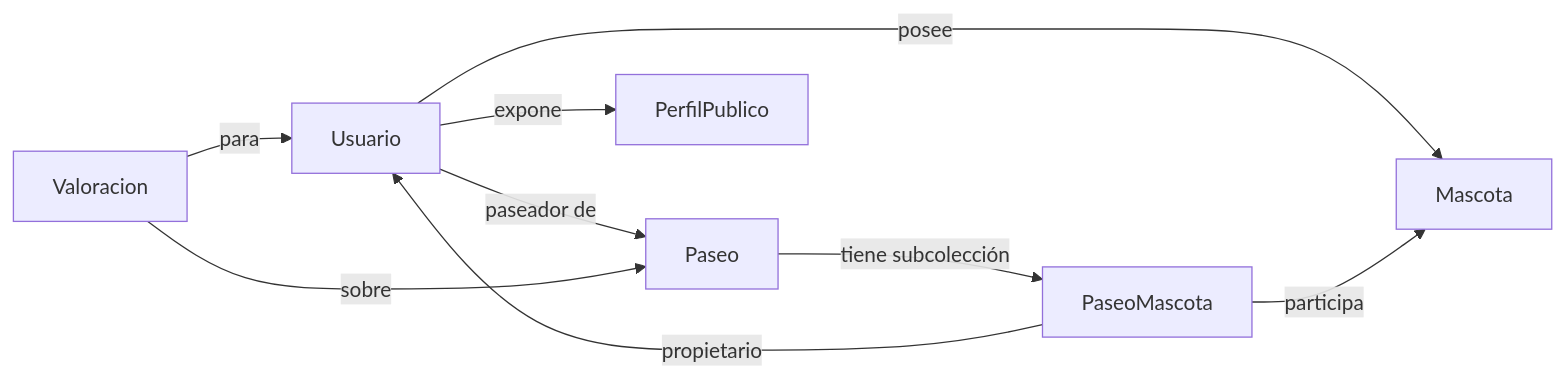
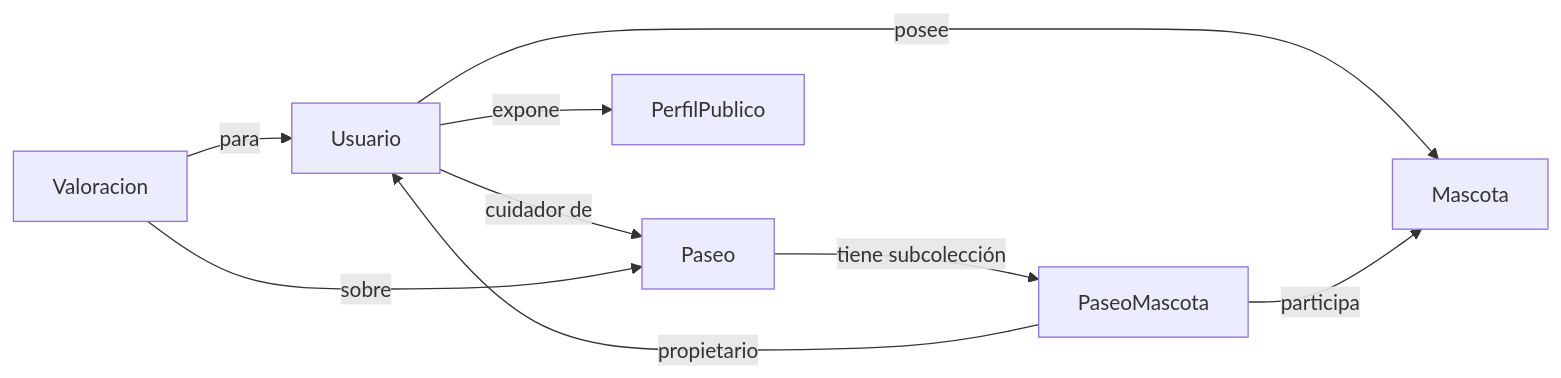
One commit to sagudelo1200/pet-pals changed the diagram in docs/models/README.md. Above: the diagram before and after it, drawn with Mermaid. The commit also changed other lines of this file and 31 other files, not shown here.

Commit message:
Se migró dueño->tutor y paseador->cuidador

````diff
--- a/docs/models/README.md
+++ b/docs/models/README.md
@@ -23,11 +23,11 @@
 ```mermaid
 flowchart LR
   Usuario -->|posee| Mascota
-  Usuario -->|paseador de| Paseo
+  Usuario -->|cuidador de| Paseo
   Paseo -->|tiene subcolección| PaseoMascota
   PaseoMascota -->|participa| Mascota
   PaseoMascota -->|propietario| Usuario
   Valoracion -->|sobre| Paseo
   Valoracion -->|para| Usuario
   Usuario -->|expone| PerfilPublico
 ```
````
